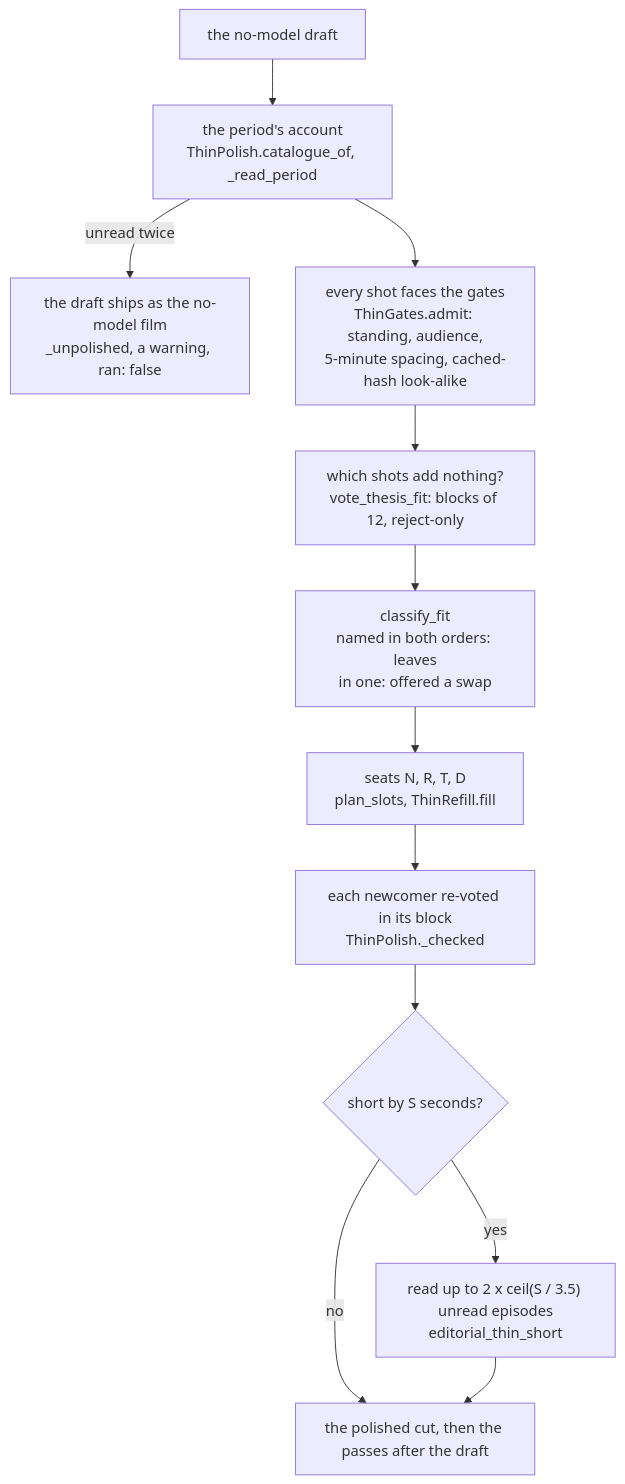
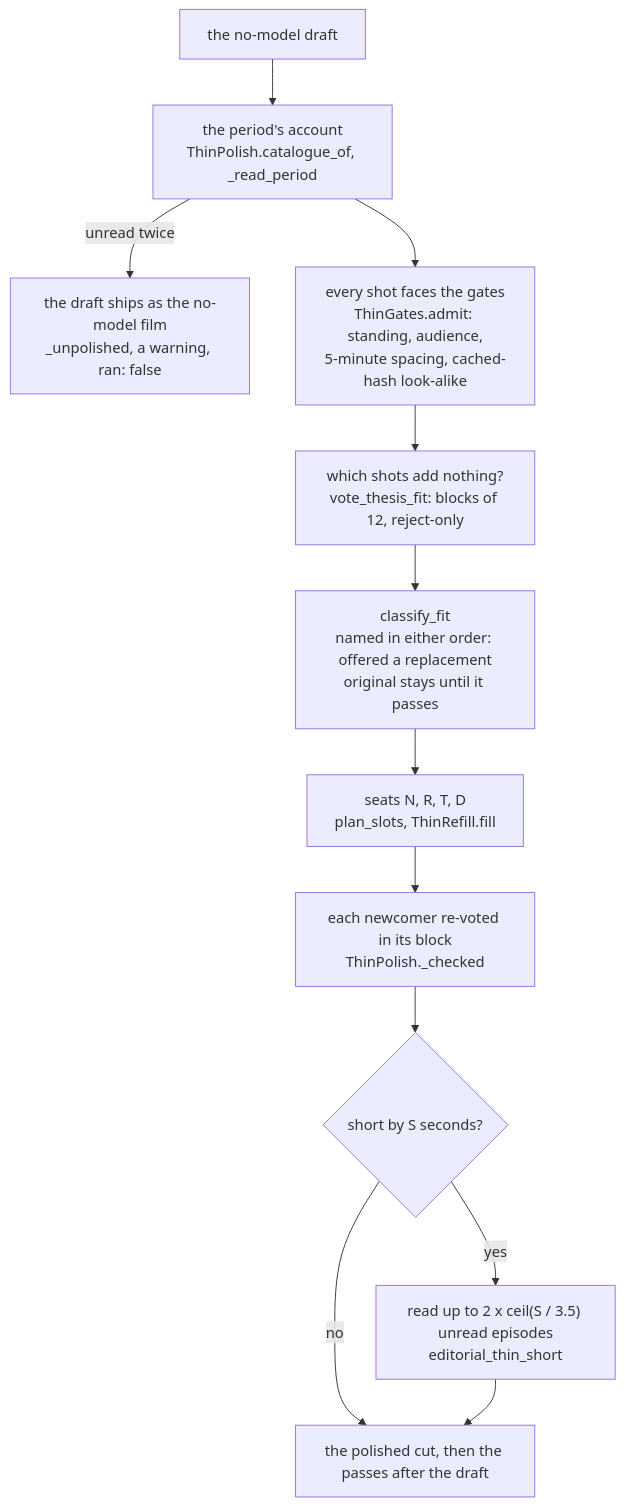
Before and after one commit to sam-dumont/immich-video-memory-generator: the second of 3 diagrams in docs-site/docs/how-it-chooses/what-a-model-adds.md, drawn with Mermaid. The commit also changed other lines of this file and 9 other files, not shown here.

````diff
--- a/docs-site/docs/how-it-chooses/what-a-model-adds.md
+++ b/docs-site/docs/how-it-chooses/what-a-model-adds.md
@@ -45,14 +45,14 @@
 ```mermaid
 flowchart TD
   draft["the no-model draft"] --> acc["the period's account<br/>ThinPolish.catalogue_of, _read_period"]
   acc -- "unread twice" --> ship["the draft ships as the no-model film<br/>_unpolished, a warning, ran: false"]
   acc --> gates["every shot faces the gates<br/>ThinGates.admit: standing, audience,<br/>5-minute spacing, cached-hash look-alike"]
   gates --> vote["which shots add nothing?<br/>vote_thesis_fit: blocks of 12, reject-only"]
-  vote --> cls["classify_fit<br/>named in both orders: leaves<br/>in one: offered a swap"]
+  vote --> cls["classify_fit<br/>named in either order: offered a replacement<br/>original stays until it passes"]
   cls --> seats["seats N, R, T, D<br/>plan_slots, ThinRefill.fill"]
   seats --> revote["each newcomer re-voted in its block<br/>ThinPolish._checked"]
   revote --> short{"short by S seconds?"}
   short -- yes --> reads["read up to 2 x ceil(S / 3.5) unread episodes<br/>editorial_thin_short"]
   short -- no --> done["the polished cut, then the passes after the draft"]
   reads --> done
 ```
````
